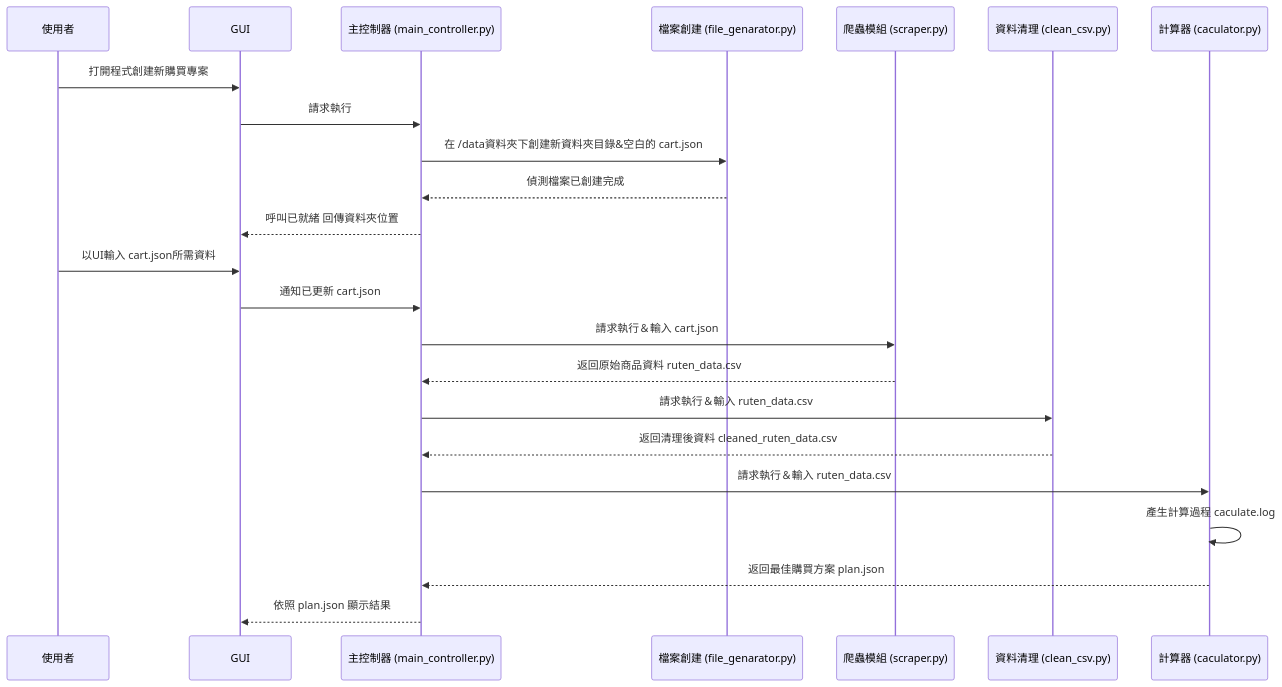
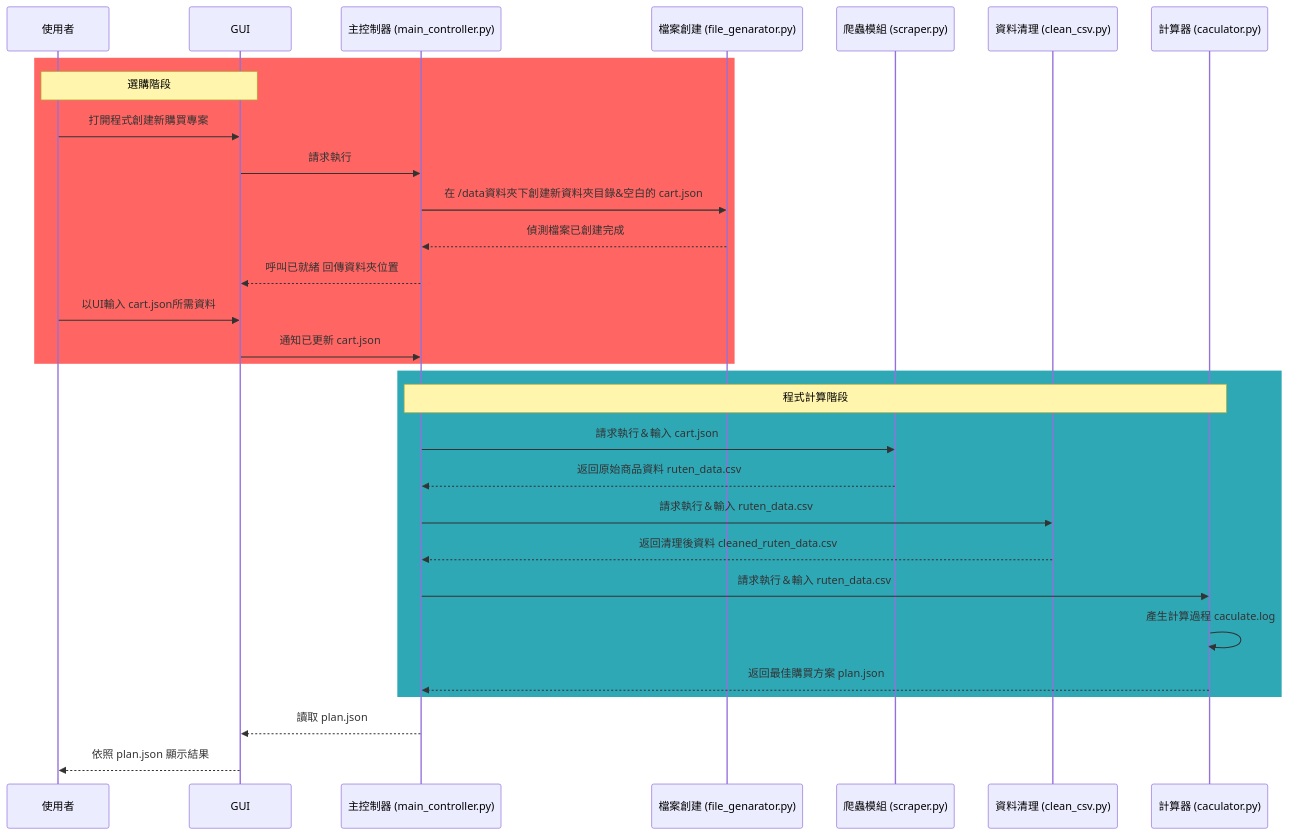
Before and after one commit to YuCMochi/YGOscraper: the first of 2 diagrams in README.md, drawn with Mermaid. The commit also changed other lines of this file, not shown here.

````diff
--- a/README.md
+++ b/README.md
@@ -3,30 +3,40 @@
 ```mermaid
 sequenceDiagram
     participant 使用者
     participant GUI
     participant 主控制器 (main_controller.py)
     participant 檔案創建 (file_genarator.py)
     participant 爬蟲模組 (scraper.py)
     participant 資料清理 (clean_csv.py)
     participant 計算器 (caculator.py)
 
+    rect rgb(255, 102, 99)
+    note over 使用者,GUI: 選購階段
+
     使用者->>GUI: 打開程式創建新購買專案
     GUI->>主控制器 (main_controller.py):請求執行 
 
     主控制器 (main_controller.py)->>檔案創建 (file_genarator.py): 在 /data資料夾下創建新資料夾目錄&空白的 cart.json
     檔案創建 (file_genarator.py)-->>主控制器 (main_controller.py): 偵測檔案已創建完成
     主控制器 (main_controller.py)-->>GUI: 呼叫已就緒 回傳資料夾位置
     使用者->>GUI: 以UI輸入 cart.json所需資料
     GUI->>主控制器 (main_controller.py): 通知已更新 cart.json
 
+    end
+
+    rect rgba(47, 168, 182, 1)
+    note over 主控制器 (main_controller.py),計算器 (caculator.py): 程式計算階段
     主控制器 (main_controller.py)->>爬蟲模組 (scraper.py): 請求執行＆輸入 cart.json
     爬蟲模組 (scraper.py)-->>主控制器 (main_controller.py): 返回原始商品資料 ruten_data.csv
     
     主控制器 (main_controller.py)->>資料清理 (clean_csv.py): 請求執行＆輸入 ruten_data.csv
     資料清理 (clean_csv.py)-->>主控制器 (main_controller.py): 返回清理後資料 cleaned_ruten_data.csv
     
     主控制器 (main_controller.py)->>計算器 (caculator.py): 請求執行＆輸入 ruten_data.csv
     計算器 (caculator.py)->>計算器 (caculator.py): 產生計算過程 caculate.log
     計算器 (caculator.py)-->>主控制器 (main_controller.py): 返回最佳購買方案 plan.json
-    主控制器 (main_controller.py)-->>GUI: 依照 plan.json 顯示結果
+    end
+
+    主控制器 (main_controller.py)-->>GUI: 讀取 plan.json
+    GUI-->>使用者: 依照 plan.json 顯示結果
 ```
````
